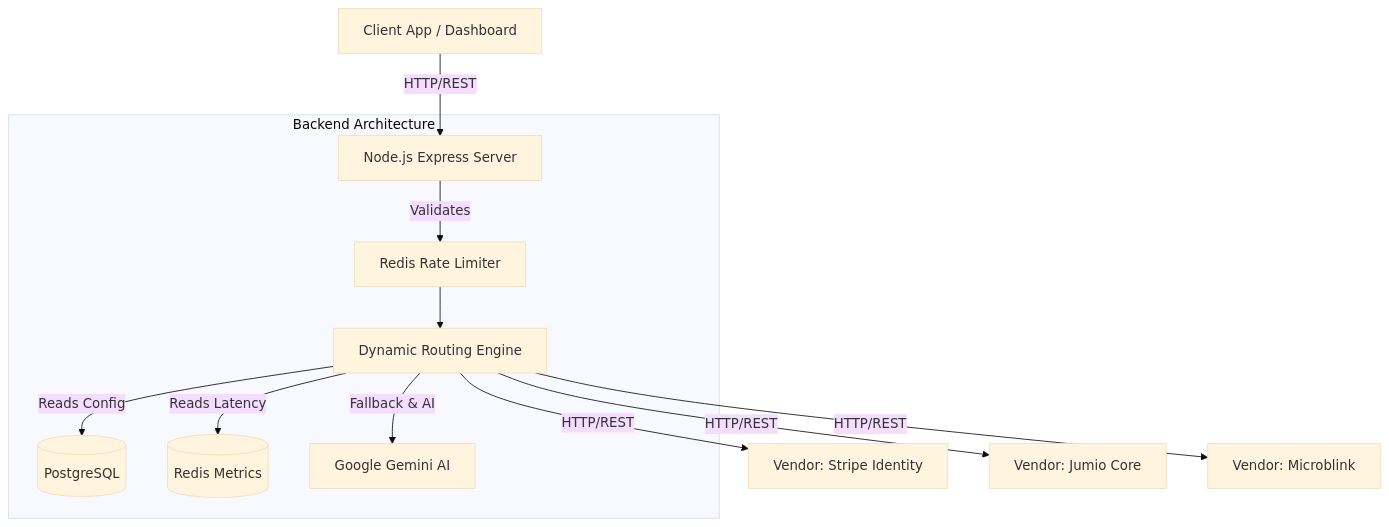
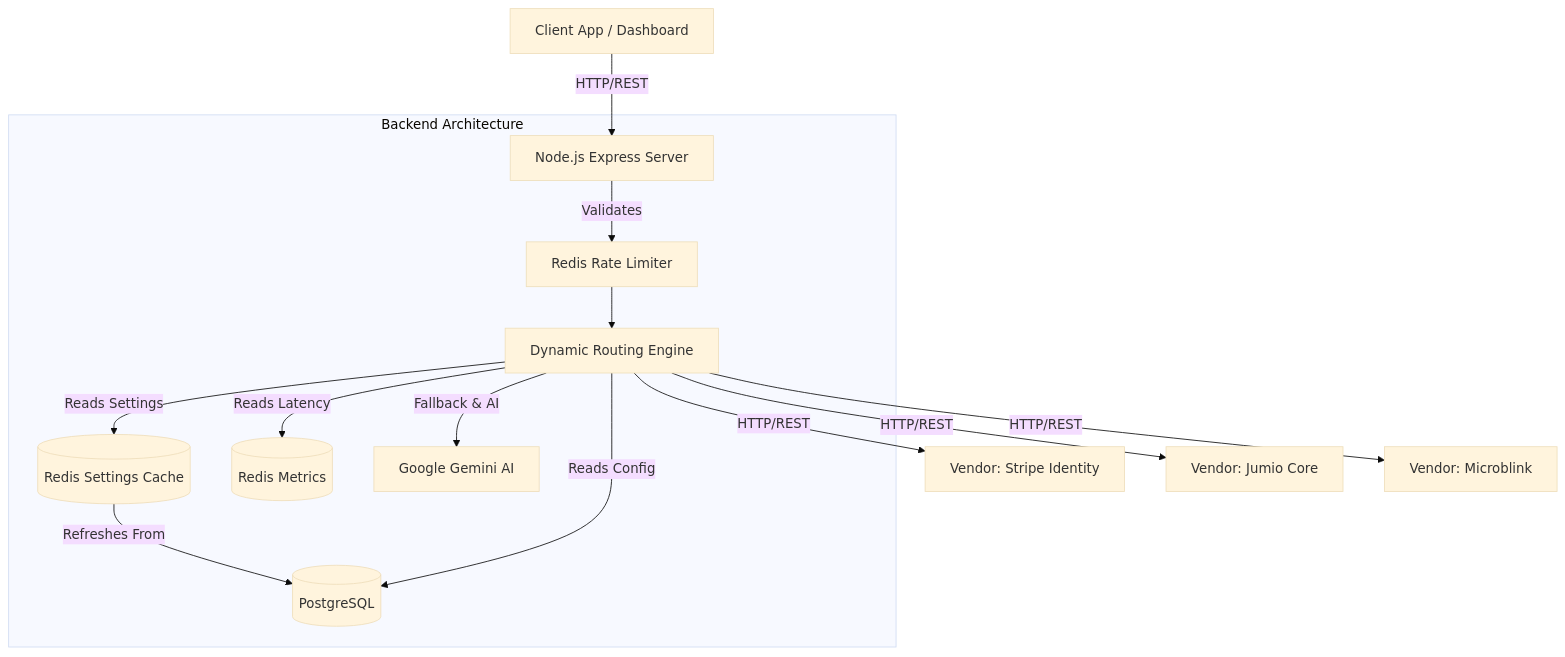
The first of 3 diagrams in README.md (AnveshCheela/Intelligent-Vendor-Routing-Platform), drawn with Mermaid (base theme) before and after one commit. The commit also changed other lines of this file, not shown here.

````diff
--- a/README.md
+++ b/README.md
@@ -26,18 +38,20 @@
 ```mermaid
 graph TD
     Client[Client App / Dashboard] -->|HTTP/REST| API[Node.js Express Server]
     
     subgraph Backend Architecture
         API -->|Validates| RateLimiter[Redis Rate Limiter]
         RateLimiter --> RoutingEngine[Dynamic Routing Engine]
         
-        RoutingEngine -->|Reads Config| DB[(PostgreSQL)]
+        RoutingEngine -->|Reads Settings| SettingsCache[(Redis Settings Cache)]
+        SettingsCache -->|Refreshes From| DB[(PostgreSQL)]
+        RoutingEngine -->|Reads Config| DB
         RoutingEngine -->|Reads Latency| Cache[(Redis Metrics)]
         
         RoutingEngine -->|Fallback & AI| Gemini[Google Gemini AI]
     end
     
     RoutingEngine -->|HTTP/REST| VendorA[Vendor: Stripe Identity]
     RoutingEngine -->|HTTP/REST| VendorB[Vendor: Jumio Core]
     RoutingEngine -->|HTTP/REST| VendorC[Vendor: Microblink]
 ```
````
